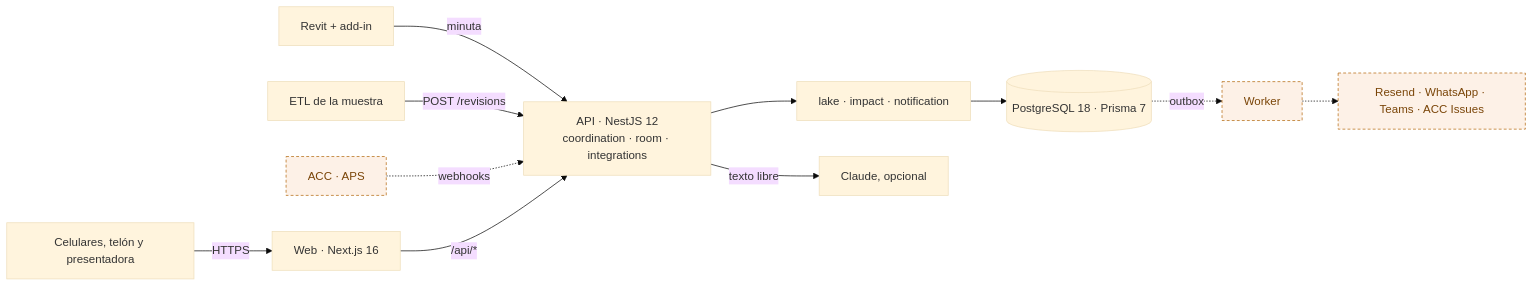
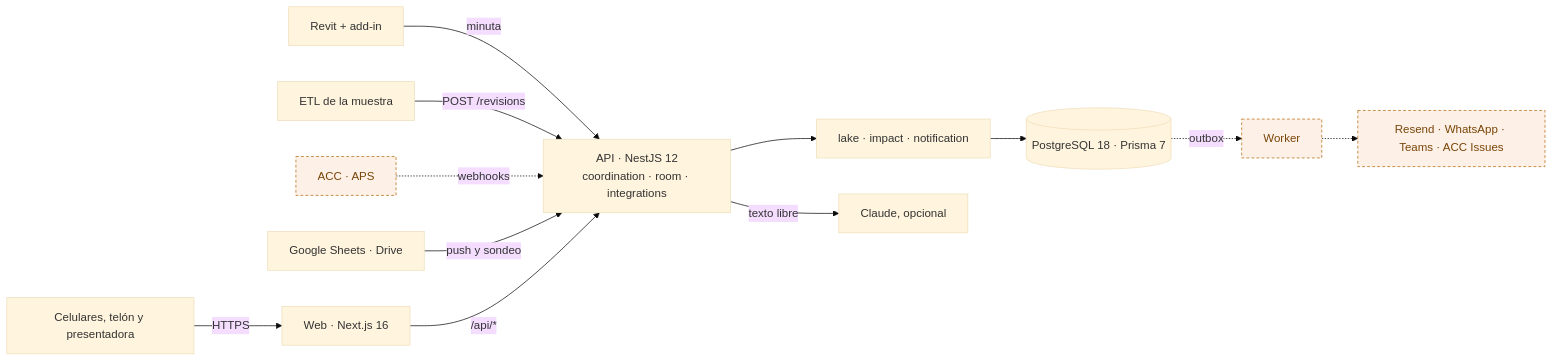
Before and after one commit to platanus-hack/platanus-hack-26-cl-team-27: the second of 2 diagrams in docs/spec/README.md, drawn with Mermaid (base theme). The commit also changed other lines of this file and 65 other files, not shown here.

First line of the commit message:
Detecta los cambios en Google Sheets y en Autodesk (PH-49, PH-27)

````diff
--- a/docs/spec/README.md
+++ b/docs/spec/README.md
@@ -82,16 +84,17 @@
 ```mermaid
 flowchart LR
   revit["Revit + add-in"] -->|minuta| api
   etl["ETL de la muestra"] -->|POST /revisions| api
   acc["ACC · APS"] -.->|webhooks| api
+  google["Google Sheets · Drive"] -->|push y sondeo| api
   personas["Celulares, telón y presentadora"] -->|HTTPS| web["Web · Next.js 16"]
   web -->|/api/*| api["API · NestJS 12<br/>coordination · room · integrations"]
   api --> ctx["lake · impact · notification"]
   ctx --> pg[("PostgreSQL 18 · Prisma 7")]
   api -->|texto libre| claude["Claude, opcional"]
   pg -.->|outbox| worker["Worker"]
   worker -.-> canales["Resend · WhatsApp · Teams · ACC Issues"]
 
   classDef todo fill:#FDF1E7,stroke:#B4690E,color:#7A4508,stroke-dasharray:4 3
   class acc,worker,canales todo
 ```
````
